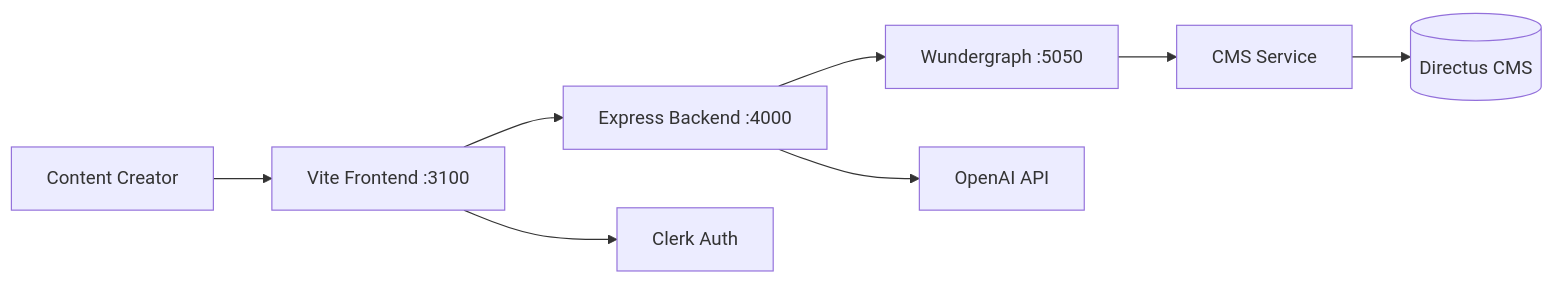
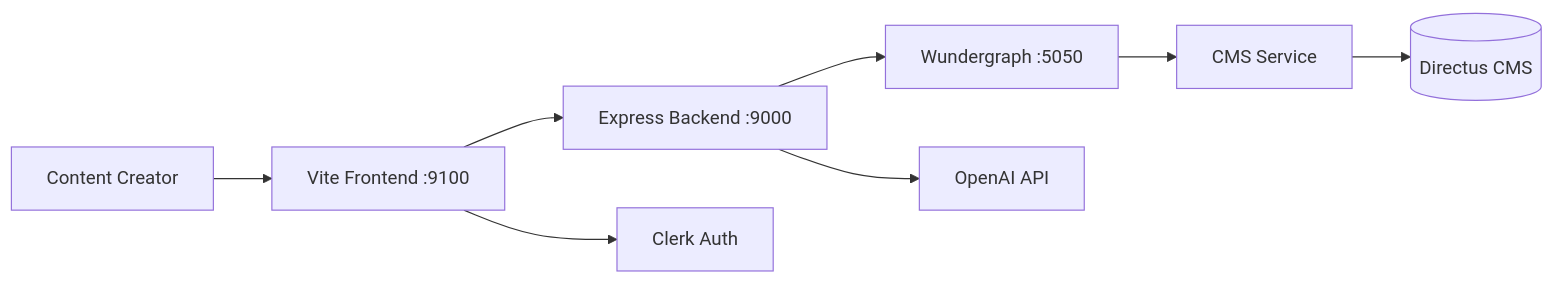
The diagram in corpus/services/studio-desk.md (anthropos-work/rosetta), drawn with Mermaid before and after one commit. The commit also changed other lines of this file and 5 other files, not shown here.

````diff
--- a/corpus/services/studio-desk.md
+++ b/corpus/services/studio-desk.md
@@ -41,10 +41,10 @@
 ```mermaid
 graph LR
-    User[Content Creator] --> Frontend[Vite Frontend :3100]
-    Frontend --> Backend[Express Backend :4000]
+    User[Content Creator] --> Frontend[Vite Frontend :9100]
+    Frontend --> Backend[Express Backend :9000]
     Backend --> GraphQL[Wundergraph :5050]
     Backend --> OpenAI[OpenAI API]
     Frontend --> Clerk[Clerk Auth]
     GraphQL --> CMS[CMS Service]
     CMS --> Directus[(Directus CMS)]
 ```
````
